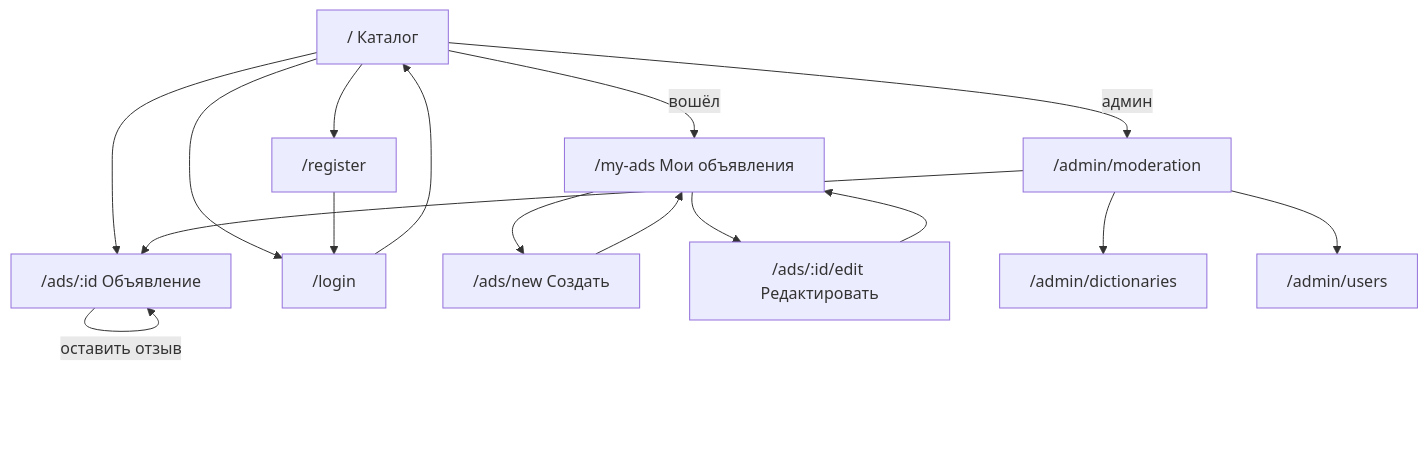
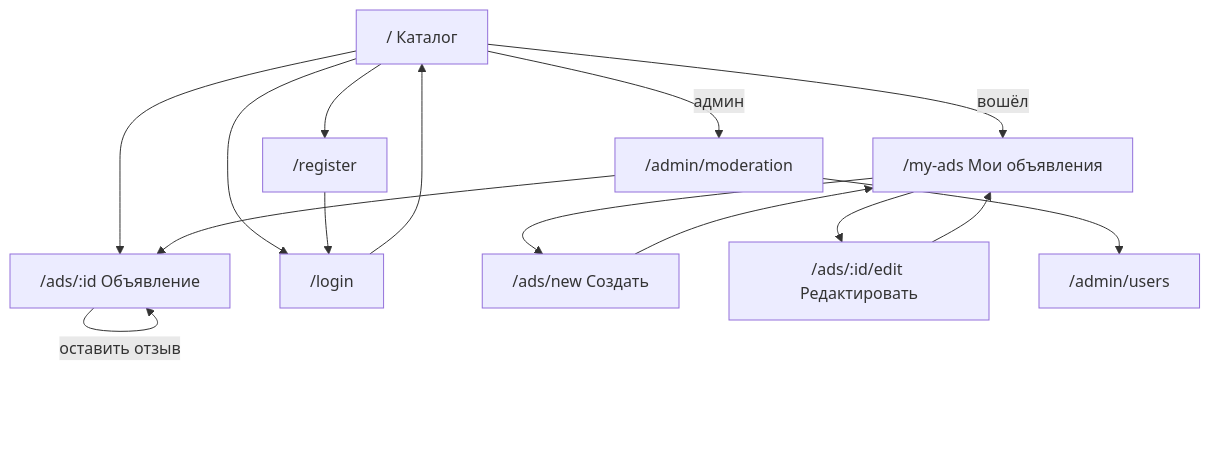
Before and after one commit to jebplayer001/EasyKey: the second of 2 diagrams in docs/architecture.md, drawn with Mermaid. The commit also changed other lines of this file, not shown here.

Commit message:
docs: единая версия architecture.md

````diff
--- a/docs/architecture.md
+++ b/docs/architecture.md
@@ -470,20 +514,19 @@
 ```mermaid
 flowchart TD
     Home["/ Каталог"] --> Ad["/ads/:id Объявление"]
     Home --> Login["/login"]
     Home --> Register["/register"]
     Register --> Login
     Login --> Home
 
     Home -->|"вошёл"| MyAds["/my-ads Мои объявления"]
     MyAds --> New["/ads/new Создать"]
     MyAds --> Edit["/ads/:id/edit Редактировать"]
     New --> MyAds
     Edit --> MyAds
     Ad -->|"оставить отзыв"| Ad
 
     Home -->|"админ"| Moder["/admin/moderation"]
-    Moder --> Dict["/admin/dictionaries"]
     Moder --> Users["/admin/users"]
     Moder --> Ad
 ```
````
